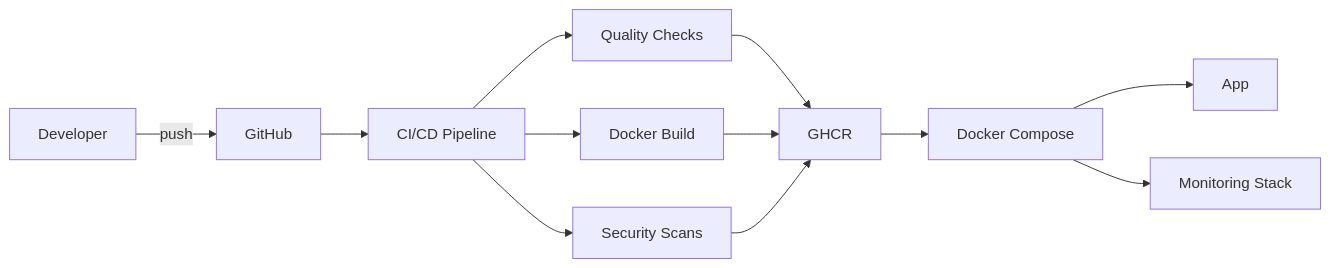
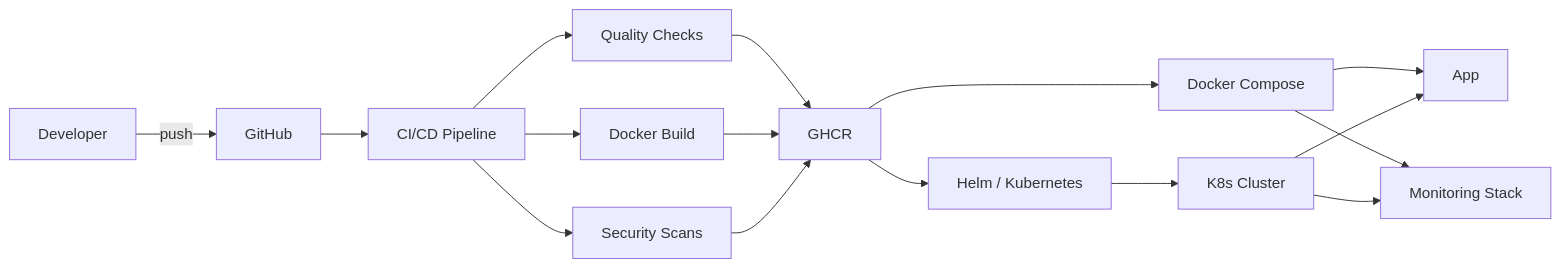
Before and after one commit to Kalpanapramodya97/consistium: the diagram in docs/devops/README.md, drawn with Mermaid. The commit also changed other lines of this file and 20 other files, not shown here.

Commit message:
feat: add production-grade Helm chart and multi-environment Kubernetes deployment configurations

````diff
--- a/docs/devops/README.md
+++ b/docs/devops/README.md
@@ -40,14 +42,18 @@
 ```mermaid
 graph LR
     A["Developer"] -->|push| B["GitHub"]
     B --> C["CI/CD Pipeline"]
     C --> D["Quality Checks"]
     C --> E["Docker Build"]
     C --> F["Security Scans"]
     D --> G["GHCR"]
     E --> G
     F --> G
     G --> H["Docker Compose"]
+    G --> K["Helm / Kubernetes"]
     H --> I["App"]
     H --> J["Monitoring Stack"]
+    K --> L["K8s Cluster"]
+    L --> I
+    L --> J
 ```
````
